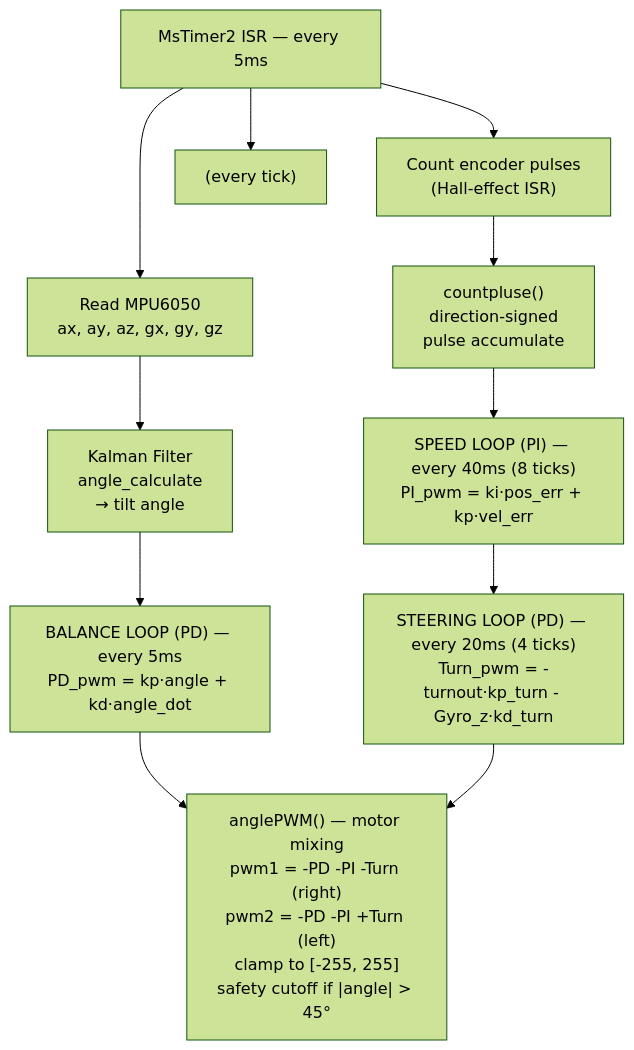
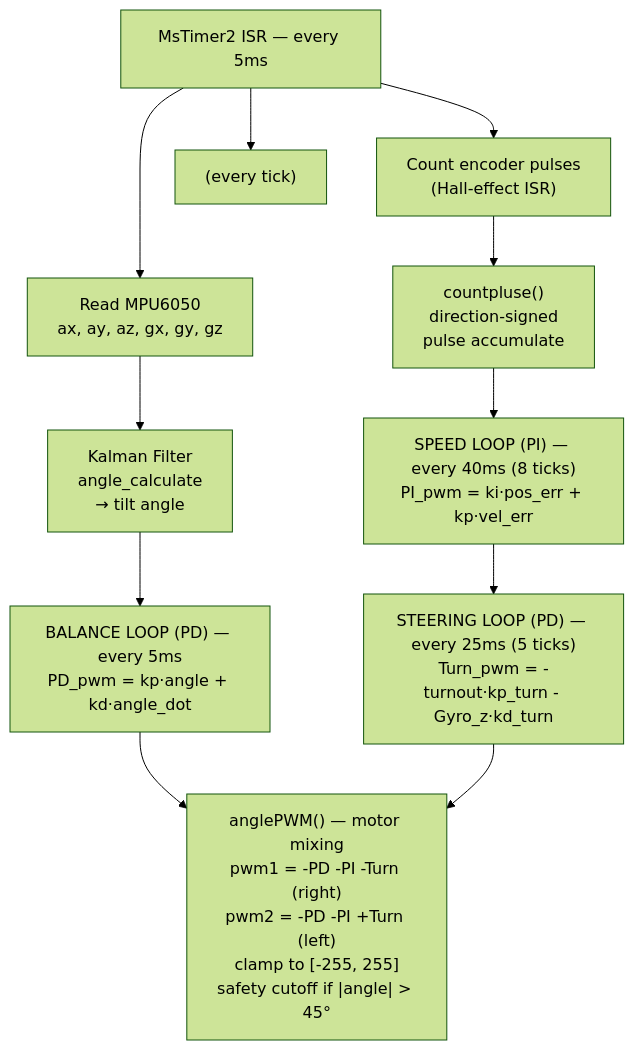
Before and after one commit to akshovya99/Self-Balancing-Robot-3: the diagram in README.md, drawn with Mermaid (forest theme). The commit also changed other lines of this file, not shown here.

Commit message:
Fix README discrepancies: correct steering loop period (25ms) and flag unused ki in balance loop

````diff
--- a/README.md
+++ b/README.md
@@ -70,18 +70,18 @@
 ```mermaid
 flowchart TD
     ISR["MsTimer2 ISR — every 5ms"]
 
     ISR --> READ["Read MPU6050<br/>ax, ay, az, gx, gy, gz"]
     ISR --> ENC["Count encoder pulses<br/>(Hall-effect ISR)"]
     ISR --> TICK["(every tick)"]
 
     READ --> KALMAN["Kalman Filter<br/>angle_calculate<br/>→ tilt angle"]
     ENC --> COUNT["countpluse()<br/>direction-signed<br/>pulse accumulate"]
 
     KALMAN --> BALANCE["BALANCE LOOP (PD) — every 5ms<br/>PD_pwm = kp·angle + kd·angle_dot"]
     COUNT --> SPEED["SPEED LOOP (PI) — every 40ms (8 ticks)<br/>PI_pwm = ki·pos_err + kp·vel_err"]
-    SPEED --> STEER["STEERING LOOP (PD) — every 20ms (4 ticks)<br/>Turn_pwm = -turnout·kp_turn - Gyro_z·kd_turn"]
+    SPEED --> STEER["STEERING LOOP (PD) — every 25ms (5 ticks)<br/>Turn_pwm = -turnout·kp_turn - Gyro_z·kd_turn"]
 
     BALANCE --> MIX["anglePWM() — motor mixing<br/>pwm1 = -PD -PI -Turn (right)<br/>pwm2 = -PD -PI +Turn (left)<br/>clamp to [-255, 255]<br/>safety cutoff if |angle| > 45°"]
     STEER --> MIX
 ```
````
